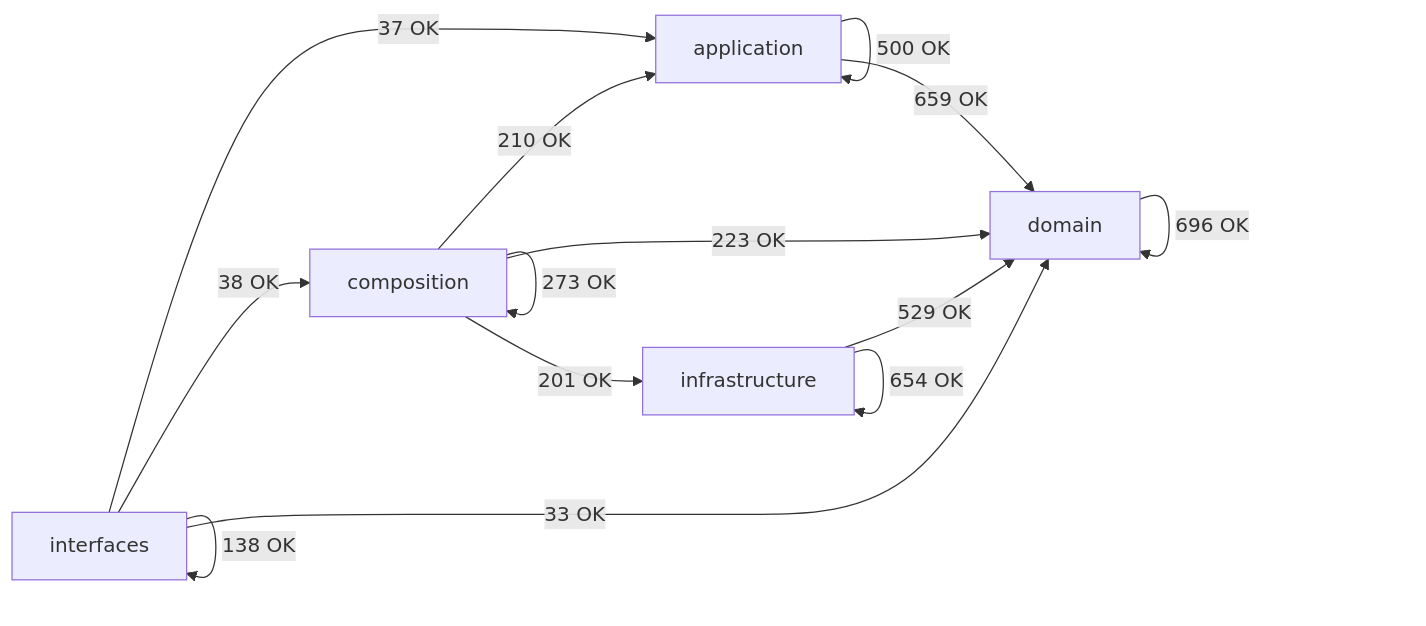
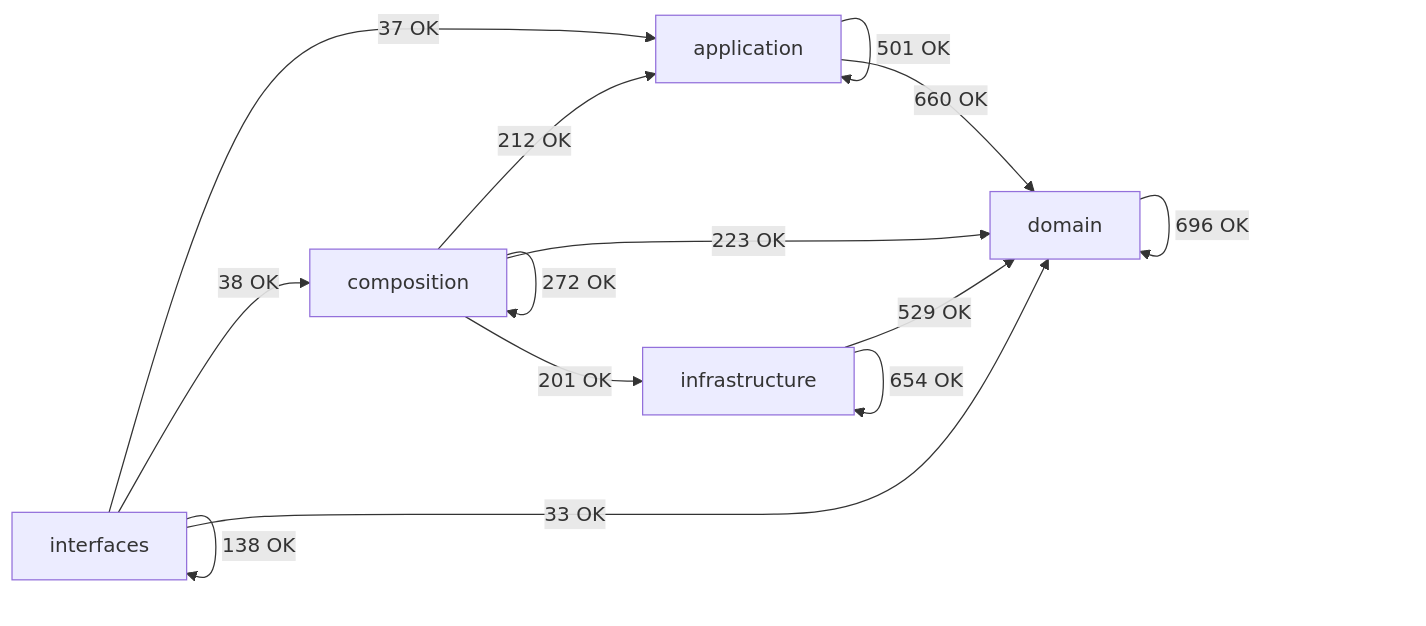
The diagram in docs/02-architecture/generated/module-dependency-map.md (SatoryKono/BioactivityDataAcquisition), drawn with Mermaid before and after one commit. The commit also changed other lines of this file and 25 other files, not shown here.

````diff
--- a/docs/02-architecture/generated/module-dependency-map.md
+++ b/docs/02-architecture/generated/module-dependency-map.md
@@ -16,21 +16,21 @@
 ```mermaid
 flowchart LR
     domain[domain]
     application[application]
     infrastructure[infrastructure]
     composition[composition]
     interfaces[interfaces]
-    application -->|500 OK| application
-    application -->|659 OK| domain
-    composition -->|210 OK| application
-    composition -->|273 OK| composition
+    application -->|501 OK| application
+    application -->|660 OK| domain
+    composition -->|212 OK| application
+    composition -->|272 OK| composition
     composition -->|223 OK| domain
     composition -->|201 OK| infrastructure
     domain -->|696 OK| domain
     infrastructure -->|529 OK| domain
     infrastructure -->|654 OK| infrastructure
     interfaces -->|37 OK| application
     interfaces -->|38 OK| composition
     interfaces -->|33 OK| domain
     interfaces -->|138 OK| interfaces
 ```
````
